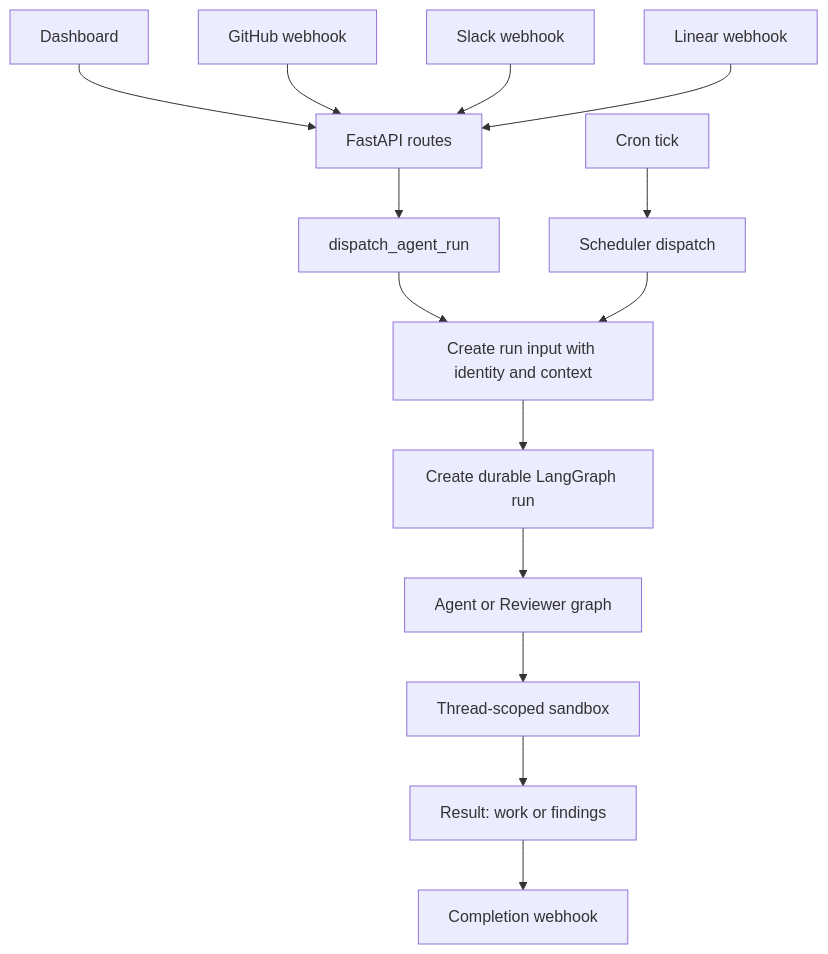
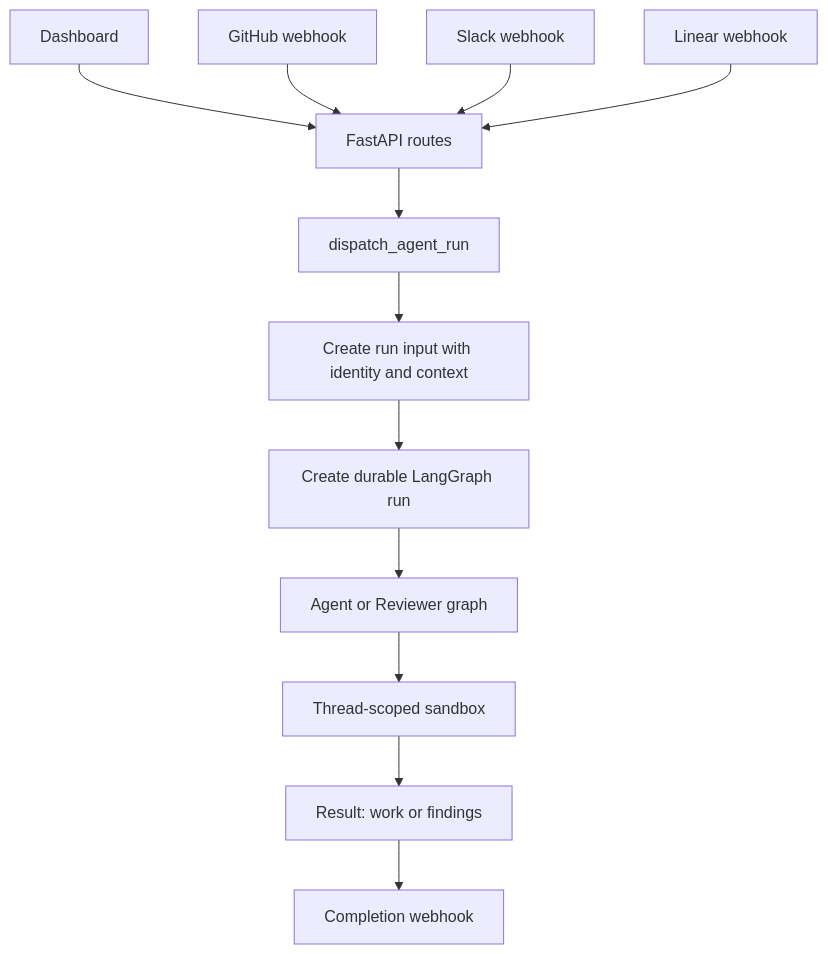
Before and after one commit to langchain-ai/open-swe: the diagram in openwiki/quickstart.md, drawn with Mermaid. The commit also changed other lines of this file and 44 other files, not shown here.

````diff
--- a/openwiki/quickstart.md
+++ b/openwiki/quickstart.md
@@ -87,18 +81,16 @@
 ```mermaid
 flowchart TD
     Dashboard["Dashboard"] --> Api["FastAPI routes"]
     GitHub["GitHub webhook"] --> Api
     Slack["Slack webhook"] --> Api
     Linear["Linear webhook"] --> Api
-    Cron["Cron tick"] --> Scheduler["Scheduler dispatch"]
     
     Api --> Dispatch["dispatch_agent_run"]
     Dispatch --> RunInput["Create run input with identity and context"]
     RunInput --> DurableRun["Create durable LangGraph run"]
     DurableRun --> AgentGraph["Agent or Reviewer graph"]
-    Scheduler --> RunInput
     
     AgentGraph --> Sandbox["Thread-scoped sandbox"]
     Sandbox --> Result["Result: work or findings"]
     Result --> Webhook["Completion webhook"]
 ```
````
